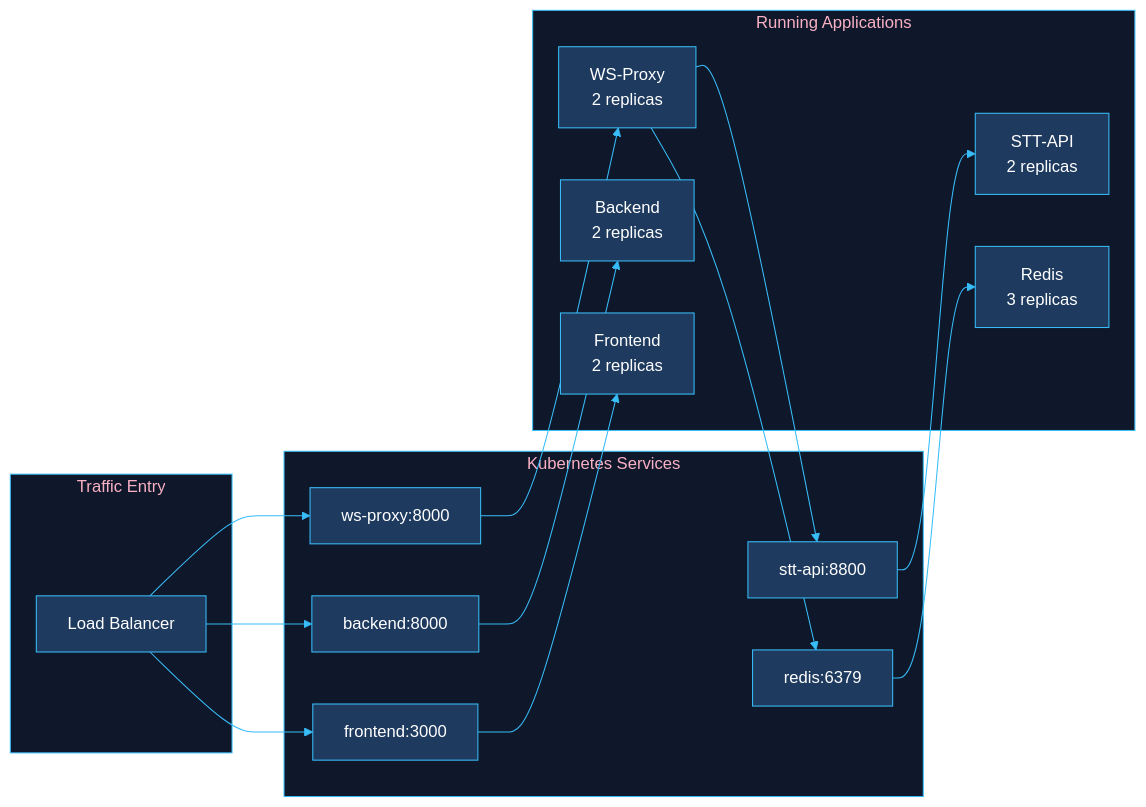
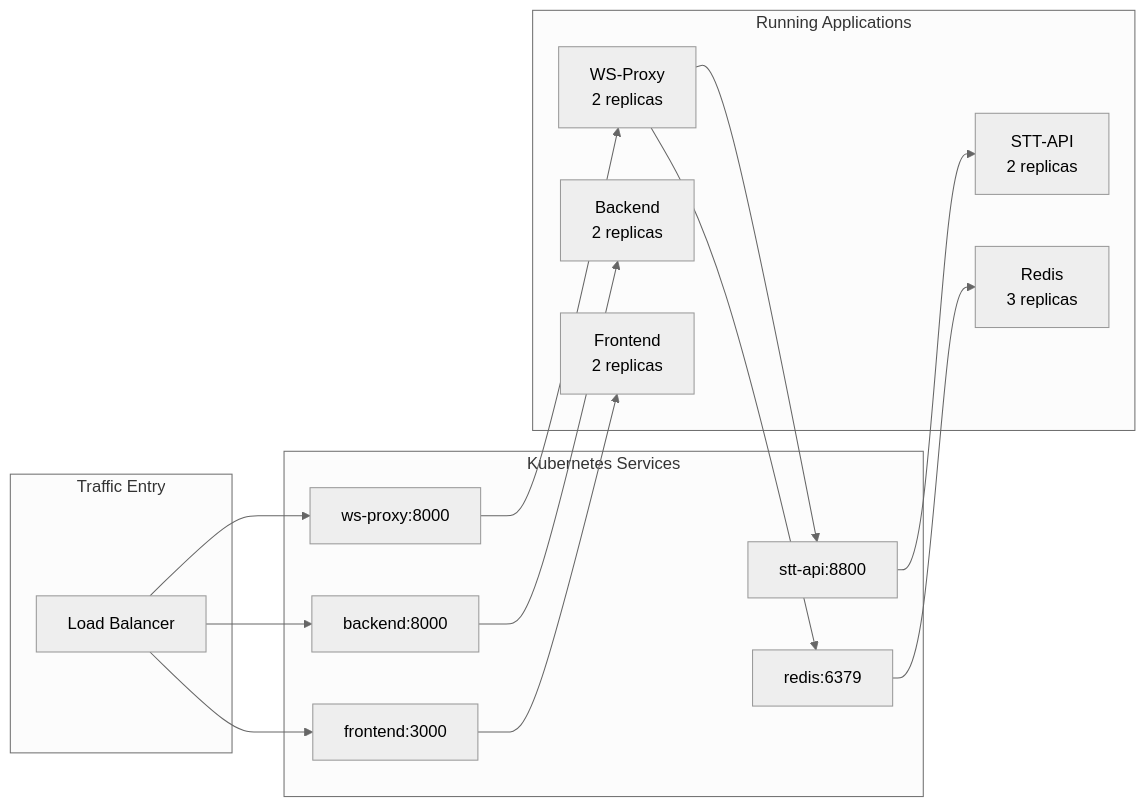
One commit to aldea-ai/infrastructure-docs changed the sixth of 8 diagrams in diagrams/eks-architecture.md. Above: the diagram before and after it, drawn with Mermaid. The commit also changed other lines of this file and 2 other files, not shown here.

Commit message:
Switch to neutral grayscale theme for better dark mode readability

````diff
--- a/diagrams/eks-architecture.md
+++ b/diagrams/eks-architecture.md
@@ -205,32 +205,32 @@
 ```mermaid
-%%{init: {'theme': 'base', 'themeVariables': { 'primaryColor': '#1e3a5f', 'primaryTextColor': '#fff', 'primaryBorderColor': '#38bdf8', 'lineColor': '#38bdf8', 'secondaryColor': '#4c1d95', 'tertiaryColor': '#064e3b', 'textColor': '#fff', 'clusterBkg': '#0f172a', 'clusterBorder': '#38bdf8'}}}%%
+%%{init: {'theme': 'neutral'}}%%
 flowchart LR
     subgraph Ingress["Traffic Entry"]
         ALB[Load Balancer]
     end
 
     subgraph Services["Kubernetes Services"]
         SVC_WS[ws-proxy:8000]
         SVC_STT[stt-api:8800]
         SVC_BE[backend:8000]
         SVC_FE[frontend:3000]
         SVC_REDIS[redis:6379]
     end
 
     subgraph Pods["Running Applications"]
         WS[WS-Proxy<br/>2 replicas]
         STT[STT-API<br/>2 replicas]
         BE[Backend<br/>2 replicas]
         FE[Frontend<br/>2 replicas]
         REDIS[Redis<br/>3 replicas]
     end
 
     ALB --> SVC_WS & SVC_BE & SVC_FE
     SVC_WS --> WS
     SVC_STT --> STT
     SVC_BE --> BE
     SVC_FE --> FE
     SVC_REDIS --> REDIS
 
     WS --> SVC_STT & SVC_REDIS
 ```
````
